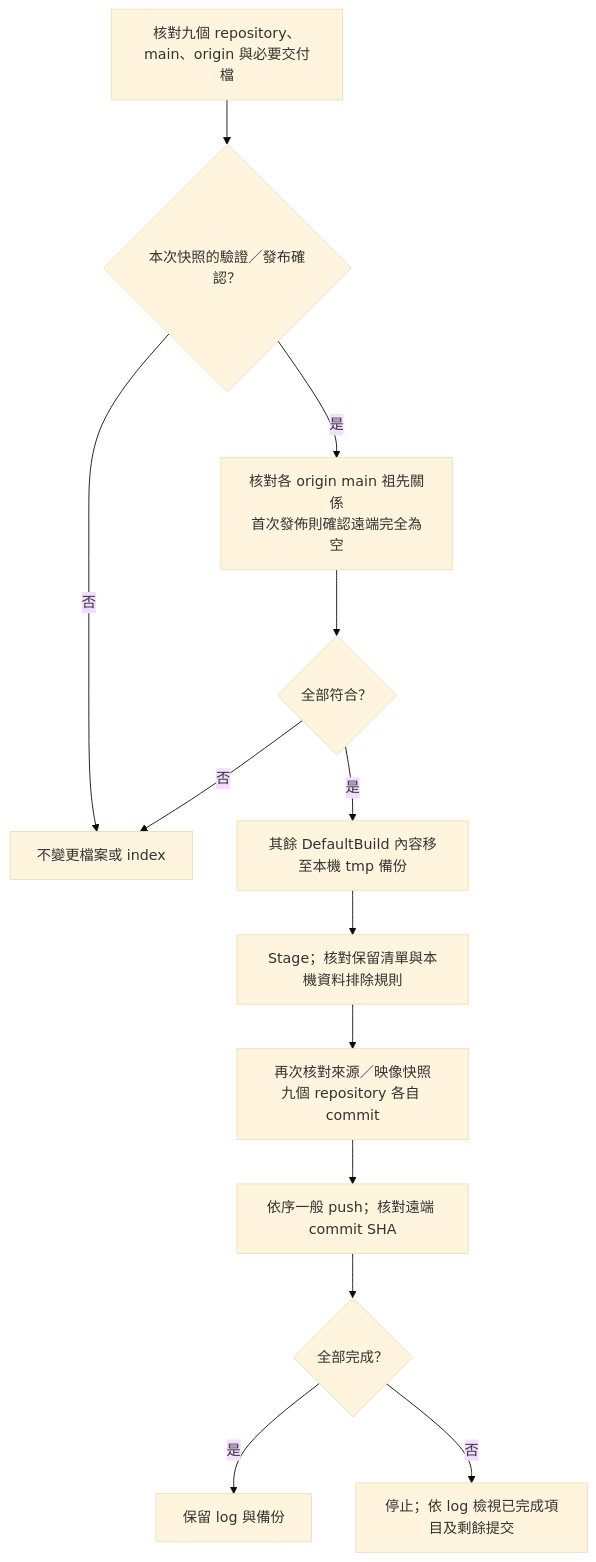
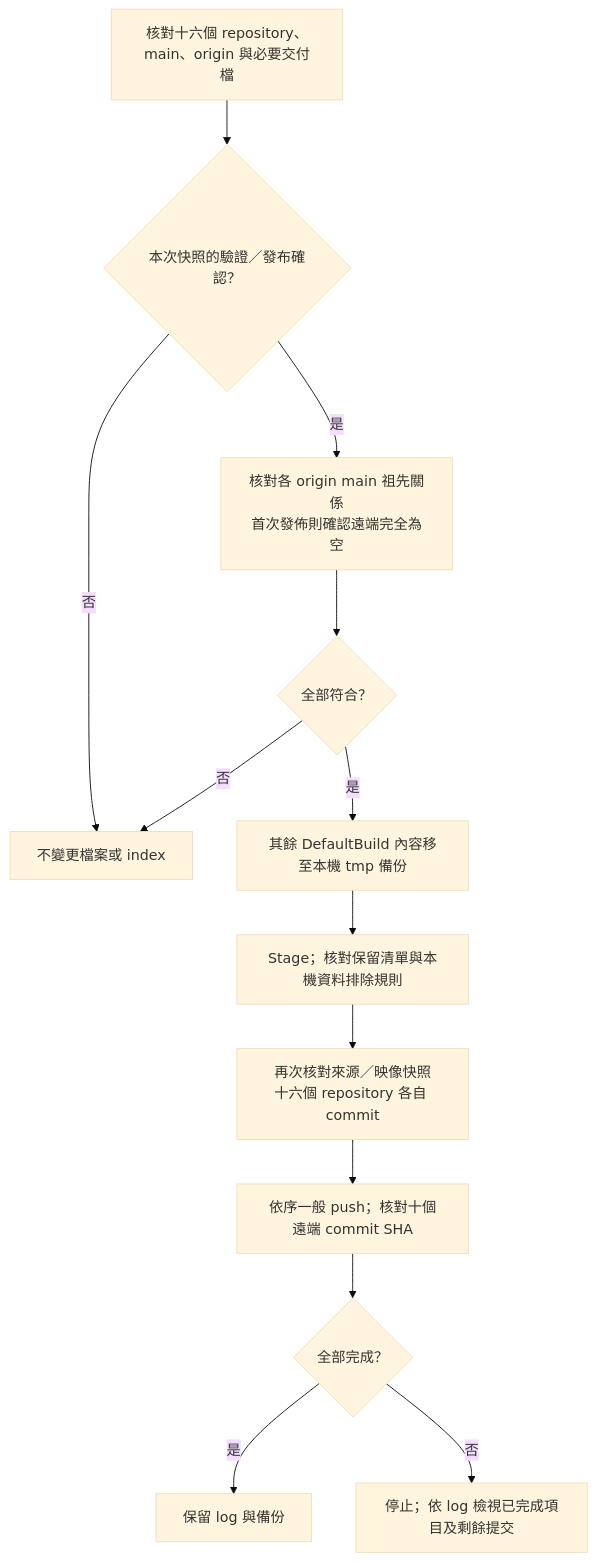
Before and after one commit to released/simple_renesas_isp_tool: the diagram in docs/GITHUB_PUBLISH_zh-TW.md, drawn with Mermaid (base theme). The commit also changed other lines of this file and 102 other files, not shown here.

````diff
--- a/docs/GITHUB_PUBLISH_zh-TW.md
+++ b/docs/GITHUB_PUBLISH_zh-TW.md
@@ -105,15 +157,15 @@
 ```mermaid
 flowchart TD
-    PLAN[核對九個 repository、main、origin 與必要交付檔] --> CONFIRM{本次快照的驗證／發布確認？}
+    PLAN[核對十六個 repository、main、origin 與必要交付檔] --> CONFIRM{本次快照的驗證／發布確認？}
     CONFIRM -->|否| STOP[不變更檔案或 index]
     CONFIRM -->|是| FETCH[核對各 origin main 祖先關係<br/>首次發佈則確認遠端完全為空]
     FETCH --> VALID{全部符合？}
     VALID -->|否| STOP
     VALID -->|是| BACKUP[其餘 DefaultBuild 內容移至本機 tmp 備份]
     BACKUP --> INDEX[Stage；核對保留清單與本機資料排除規則]
-    INDEX --> COMMIT[再次核對來源／映像快照<br/>九個 repository 各自 commit]
-    COMMIT --> PUSH[依序一般 push；核對遠端 commit SHA]
+    INDEX --> COMMIT[再次核對來源／映像快照<br/>十六個 repository 各自 commit]
+    COMMIT --> PUSH[依序一般 push；核對十個遠端 commit SHA]
     PUSH --> RESULT{全部完成？}
     RESULT -->|是| OK[保留 log 與備份]
     RESULT -->|否| REVIEW[停止；依 log 檢視已完成項目及剩餘提交]
 ```
````
